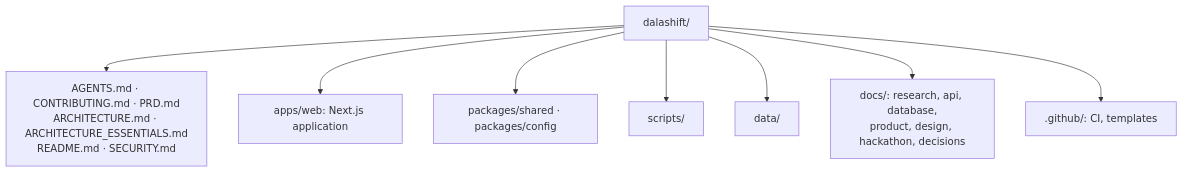
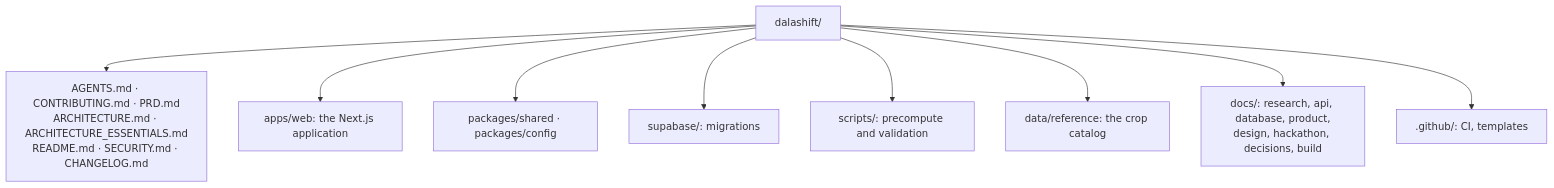
One commit to vip-ultr/dalashift changed the second of 2 diagrams in README.md. Above: the diagram before and after it, drawn with Mermaid. The commit also changed other lines of this file and 8 other files, not shown here.

````diff
--- a/README.md
+++ b/README.md
@@ -166,11 +192,12 @@
 ```mermaid
 flowchart TB
     Root["dalashift/"]
-    Root --> Docs["AGENTS.md · CONTRIBUTING.md · PRD.md<br/>ARCHITECTURE.md · ARCHITECTURE_ESSENTIALS.md<br/>README.md · SECURITY.md"]
-    Root --> Apps["apps/web: Next.js application"]
+    Root --> Docs["AGENTS.md · CONTRIBUTING.md · PRD.md<br/>ARCHITECTURE.md · ARCHITECTURE_ESSENTIALS.md<br/>README.md · SECURITY.md · CHANGELOG.md"]
+    Root --> Apps["apps/web: the Next.js application"]
     Root --> Pkgs["packages/shared · packages/config"]
-    Root --> Scripts["scripts/"]
-    Root --> Data["data/"]
-    Root --> Docs2["docs/: research, api, database,<br/>product, design, hackathon, decisions"]
+    Root --> Db["supabase/: migrations"]
+    Root --> Scripts["scripts/: precompute and validation"]
+    Root --> Data["data/reference: the crop catalog"]
+    Root --> Docs2["docs/: research, api, database, product,<br/>design, hackathon, decisions, build"]
     Root --> Github[".github/: CI, templates"]
 ```
````
